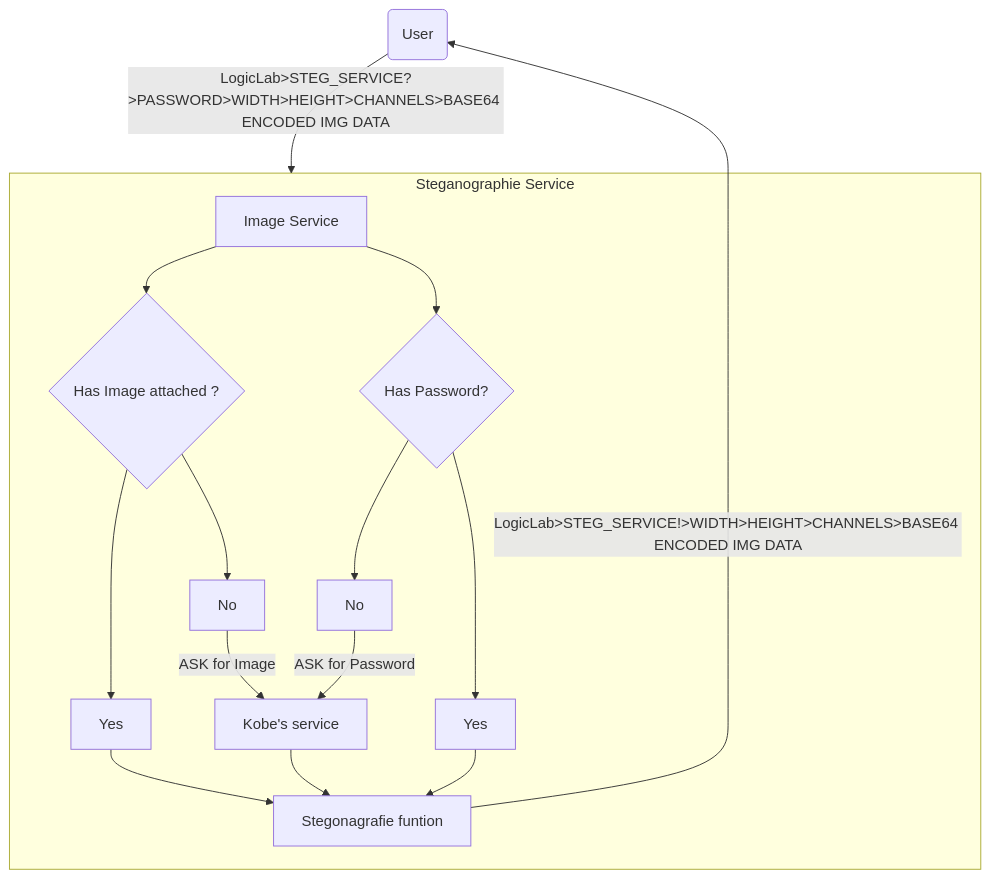
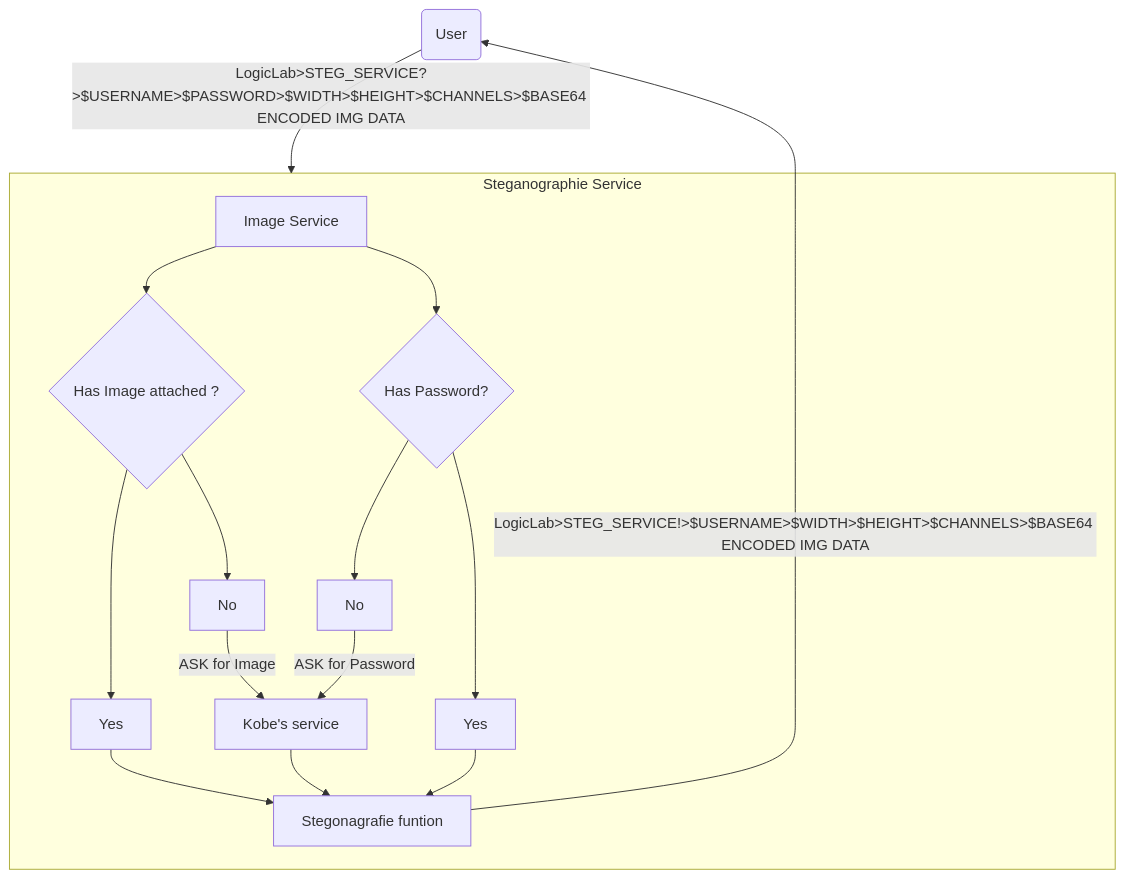
The first of 2 diagrams in READme.md (SeppeBudenaers/Network_Porgraming_PXL_2024), drawn with Mermaid before and after one commit. The commit also changed other lines of this file, not shown here.

````diff
--- a/READme.md
+++ b/READme.md
@@ -3,32 +11,32 @@
 ```mermaid
 flowchart TD
 User(User)
 Service[Image Service]
 Kobe[Kobe's service]
 Stegfun[Stegonagrafie funtion]
 NO_img[No]
 YES_img[Yes]
 NO_PASS[No]
 YES_PASS[Yes]
 
-User --> |LogicLab>STEG_SERVICE?>PASSWORD>WIDTH>HEIGHT>CHANNELS>BASE64 ENCODED IMG DATA| ide1
+User --> |LogicLab>STEG_SERVICE?>$USERNAME>$PASSWORD>$WIDTH>$HEIGHT>$CHANNELS>$BASE64 ENCODED IMG DATA| ide1
 subgraph ide1 [Steganographie Service]
 Service --> IF_IMG{Has Image attached ?}
 IF_IMG --> NO_img
 NO_img --> |ASK for Image|Kobe
 IF_IMG --> YES_img
 YES_img --> Stegfun
 Kobe --> Stegfun
 
 Service --> IF_PASS{Has Password?}
 IF_PASS --> NO_PASS
 NO_PASS --> |ASK for Password|Kobe
 IF_PASS --> YES_PASS
 YES_PASS --> Stegfun
 end
 
-Stegfun --> |LogicLab>STEG_SERVICE!>WIDTH>HEIGHT>CHANNELS>BASE64 ENCODED IMG DATA| User
+Stegfun --> |LogicLab>STEG_SERVICE!>$USERNAME>$WIDTH>$HEIGHT>$CHANNELS>$BASE64 ENCODED IMG DATA| User
 
 
 
 ```
````
